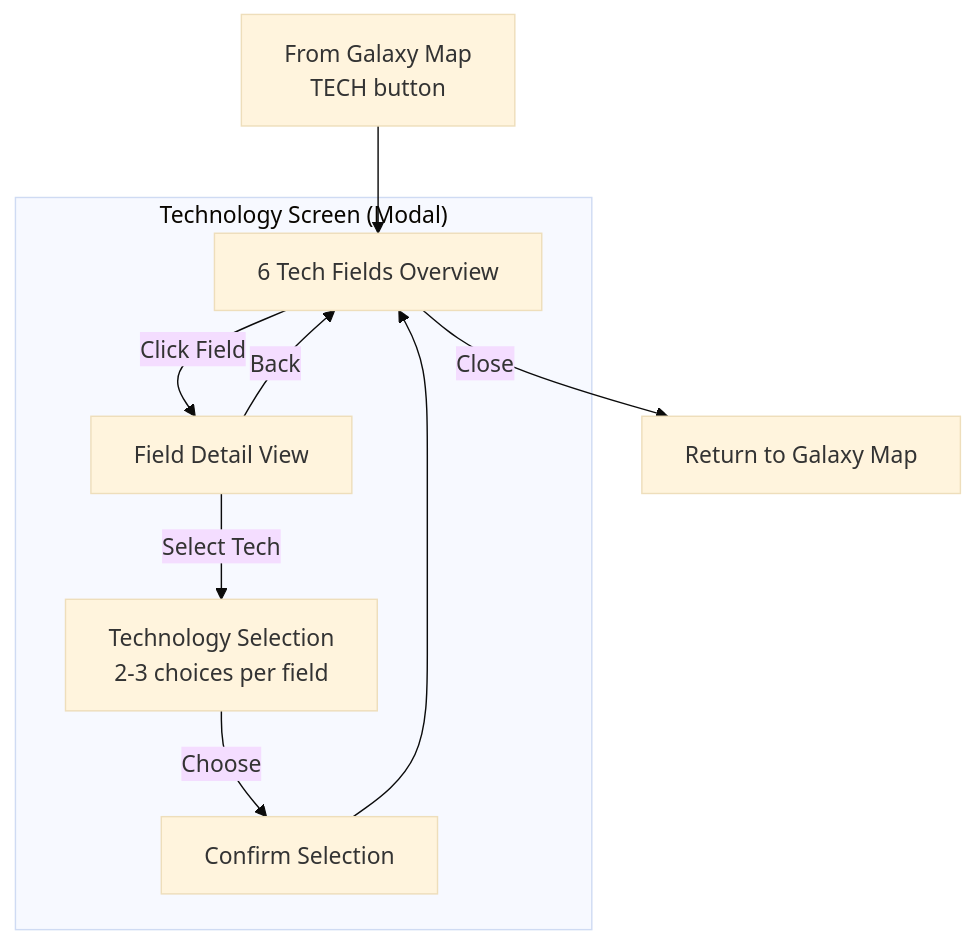
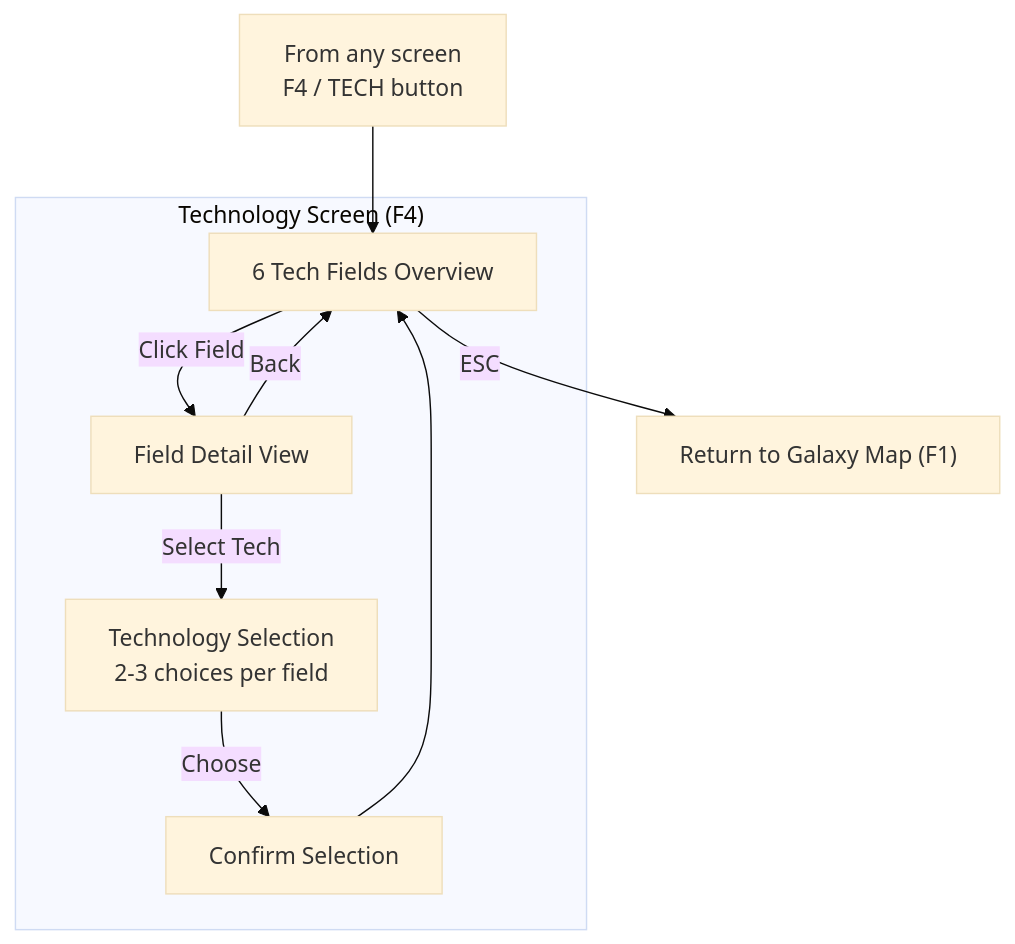
The fifth of 9 diagrams in design/ui-ux/navigation-flow.md (jtchilders-ai-assistant/hamster-of-orion), drawn with Mermaid (base theme) before and after one commit. The commit also changed other lines of this file and 2 other files, not shown here.

````diff
--- a/design/ui-ux/navigation-flow.md
+++ b/design/ui-ux/navigation-flow.md
@@ -258,19 +260,19 @@
 ```mermaid
 flowchart TD
-    subgraph ResearchScreen["Technology Screen (Modal)"]
+    subgraph ResearchScreen["Technology Screen (F4)"]
         Overview[6 Tech Fields Overview]
         FieldDetail[Field Detail View]
         TechSelect[Technology Selection<br/>2-3 choices per field]
         Confirm[Confirm Selection]
     end
 
-    Entry[From Galaxy Map<br/>TECH button] --> Overview
+    Entry["From any screen<br/>F4 / TECH button"] --> Overview
     
     Overview -->|"Click Field"| FieldDetail
     FieldDetail -->|"Back"| Overview
     FieldDetail -->|"Select Tech"| TechSelect
     TechSelect -->|"Choose"| Confirm
     Confirm --> Overview
     
-    Overview -->|"Close"| Exit[Return to Galaxy Map]
+    Overview -->|"ESC"| Exit["Return to Galaxy Map (F1)"]
 ```
````
